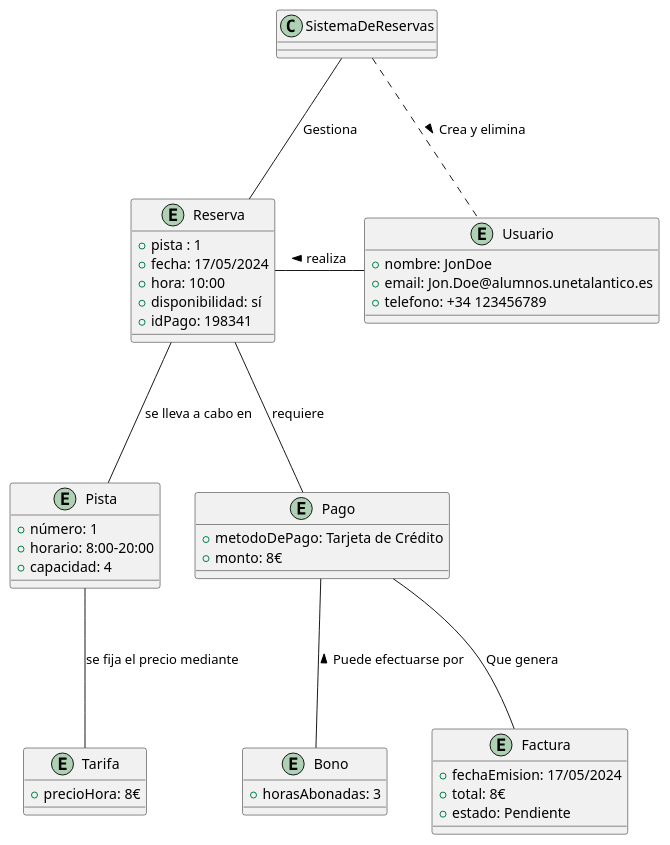
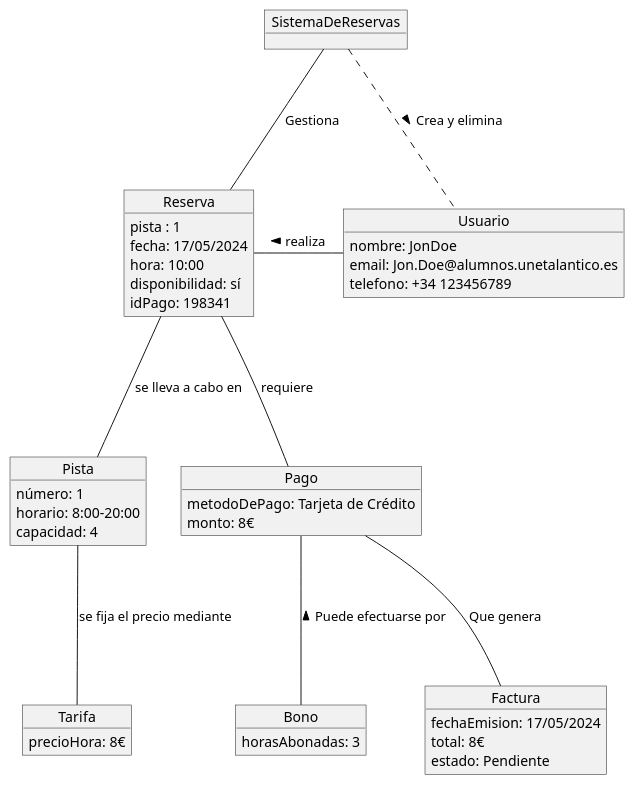
Before and after one commit to pablarce/23-24-IdSw1-SDR: the diagram in ModeloDeDominio/DiagramaDeObjetos/DiagramaDeObjetos.puml, drawn with PlantUML. The commit also changed 1 other file, not shown here.

Commit message:
Cambios al Diagrama de Objetos

```diff
--- a/ModeloDeDominio/DiagramaDeObjetos/DiagramaDeObjetos.puml
+++ b/ModeloDeDominio/DiagramaDeObjetos/DiagramaDeObjetos.puml
@@ -1,47 +1,48 @@
 @startuml
 
-entity Reserva {
-  + pista : 1
-  + fecha: 17/05/2024
-  + hora: 10:00
-  + disponibilidad: sí
-  + idPago: 198341
+object SistemaDeReservas
+object Reserva {
+   pista : 1
+   fecha: 17/05/2024
+   hora: 10:00
+   disponibilidad: sí
+   idPago: 198341
 }
-entity Usuario {
-  + nombre: JonDoe
-  + email: Jon.Doe@alumnos.unetalantico.es
-  + telefono: +34 123456789
+object Usuario {
+   nombre: JonDoe
+   email: Jon.Doe@alumnos.unetalantico.es
+   telefono: +34 123456789
 }
-entity Pista {
-  + número: 1 
-  + horario: 8:00-20:00
-  + capacidad: 4
+object Pista {
+   número: 1 
+   horario: 8:00-20:00
+   capacidad: 4
 }
-entity Pago {
-  + metodoDePago: Tarjeta de Crédito
-  + monto: 8€
+object Pago {
+   metodoDePago: Tarjeta de Crédito
+   monto: 8€
 }
-entity Bono {
-  + horasAbonadas: 3
+object Bono {
+   horasAbonadas: 3
 }
-entity Factura {
-  + fechaEmision: 17/05/2024 
-  + total: 8€
-  + estado: Pendiente
+object Factura {
+   fechaEmision: 17/05/2024 
+   total: 8€
+   estado: Pendiente
 }
-entity Tarifa {
-  + precioHora: 8€
+object Tarifa {
+   precioHora: 8€
 }
 
 
 SistemaDeReservas .. Usuario :> Crea y elimina
 SistemaDeReservas --- Reserva : Gestiona
 Usuario --left- Reserva:> realiza
 Reserva --- Pago: requiere
 Reserva --- Pista: se lleva a cabo en
 Pista --- Tarifa: se fija el precio mediante
 
 Pago --- Factura: Que genera 
 Pago --- Bono : < Puede efectuarse por
 
 @enduml
```
